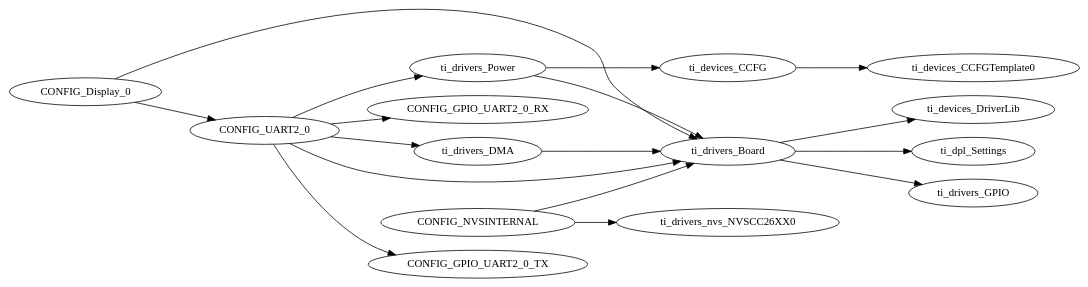
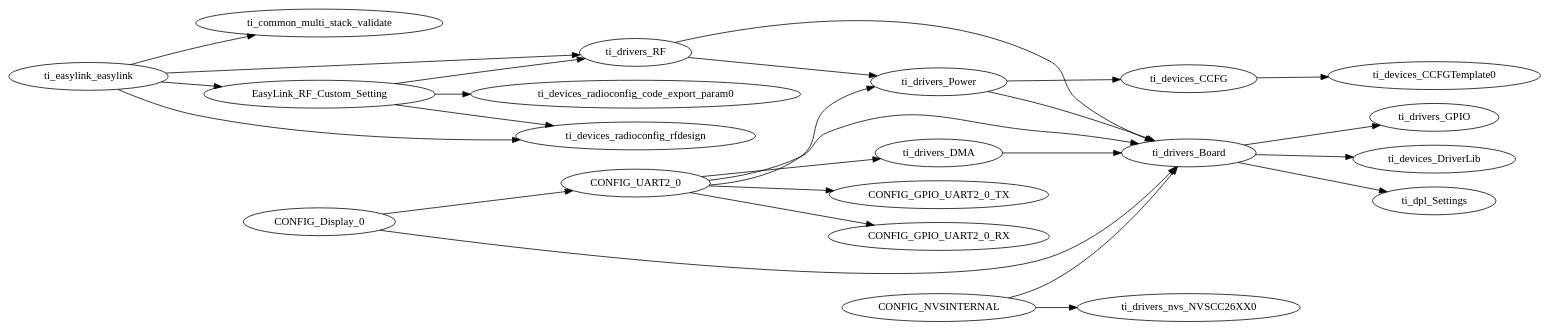
One commit to PramoSan/NVS_internal changed the diagram in Debug/syscfg/ti_utils_runtime_model.gv. Above: the diagram before and after it, drawn with Graphviz. The commit also changed 36 other files, not shown here.

```diff
--- a/Debug/syscfg/ti_utils_runtime_model.gv
+++ b/Debug/syscfg/ti_utils_runtime_model.gv
@@ -1,44 +1,65 @@
 digraph Model
 {
     graph[rankdir=LR]
+
+    // mod.$name=/ti/common/multi_stack_validate
 
     // mod.$name=/ti/devices/CCFG
     ti_devices_CCFG -> ti_devices_CCFGTemplate0
 
     // mod.$name=/ti/devices/CCFGTemplate
 
     // mod.$name=/ti/devices/DriverLib
+
+    // mod.$name=/ti/devices/radioconfig/code_export_param
+
+    // mod.$name=/ti/devices/radioconfig/rfdesign
+
+    // mod.$name=/ti/devices/radioconfig/settings/prop
+    EasyLink_RF_Custom_Setting -> ti_drivers_RF
+    EasyLink_RF_Custom_Setting -> ti_devices_radioconfig_rfdesign
+    EasyLink_RF_Custom_Setting -> ti_devices_radioconfig_code_export_param0
 
     // mod.$name=/ti/display/Display
     CONFIG_Display_0 -> ti_drivers_Board
     CONFIG_Display_0 -> CONFIG_UART2_0
 
     // mod.$name=/ti/dpl/Settings
 
     // mod.$name=/ti/drivers/Board
     ti_drivers_Board -> ti_drivers_GPIO
     ti_drivers_Board -> ti_devices_DriverLib
     ti_drivers_Board -> ti_dpl_Settings
 
     // mod.$name=/ti/drivers/DMA
     ti_drivers_DMA -> ti_drivers_Board
 
     // mod.$name=/ti/drivers/GPIO
 
     // mod.$name=/ti/drivers/NVS
     CONFIG_NVSINTERNAL -> ti_drivers_Board
     CONFIG_NVSINTERNAL -> ti_drivers_nvs_NVSCC26XX0
 
     // mod.$name=/ti/drivers/Power
     ti_drivers_Power -> ti_devices_CCFG
     ti_drivers_Power -> ti_drivers_Board
 
+    // mod.$name=/ti/drivers/RF
+    ti_drivers_RF -> ti_drivers_Power
+    ti_drivers_RF -> ti_drivers_Board
+
     // mod.$name=/ti/drivers/UART2
     CONFIG_UART2_0 -> ti_drivers_DMA
     CONFIG_UART2_0 -> ti_drivers_Power
     CONFIG_UART2_0 -> ti_drivers_Board
     CONFIG_UART2_0 -> CONFIG_GPIO_UART2_0_TX
     CONFIG_UART2_0 -> CONFIG_GPIO_UART2_0_RX
 
     // mod.$name=/ti/drivers/nvs/NVSCC26XX
+
+    // mod.$name=/ti/easylink/easylink
+    ti_easylink_easylink -> ti_drivers_RF
+    ti_easylink_easylink -> ti_devices_radioconfig_rfdesign
+    ti_easylink_easylink -> ti_common_multi_stack_validate
+    ti_easylink_easylink -> EasyLink_RF_Custom_Setting
 }
```
